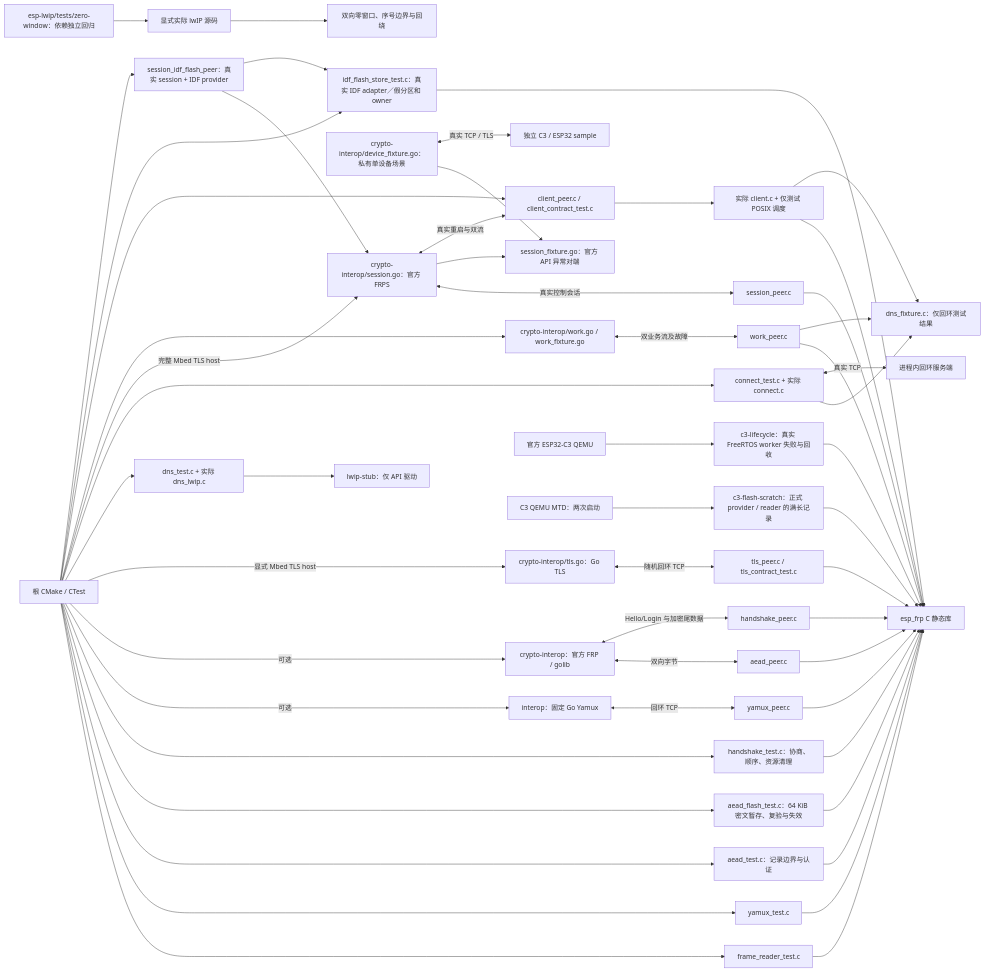
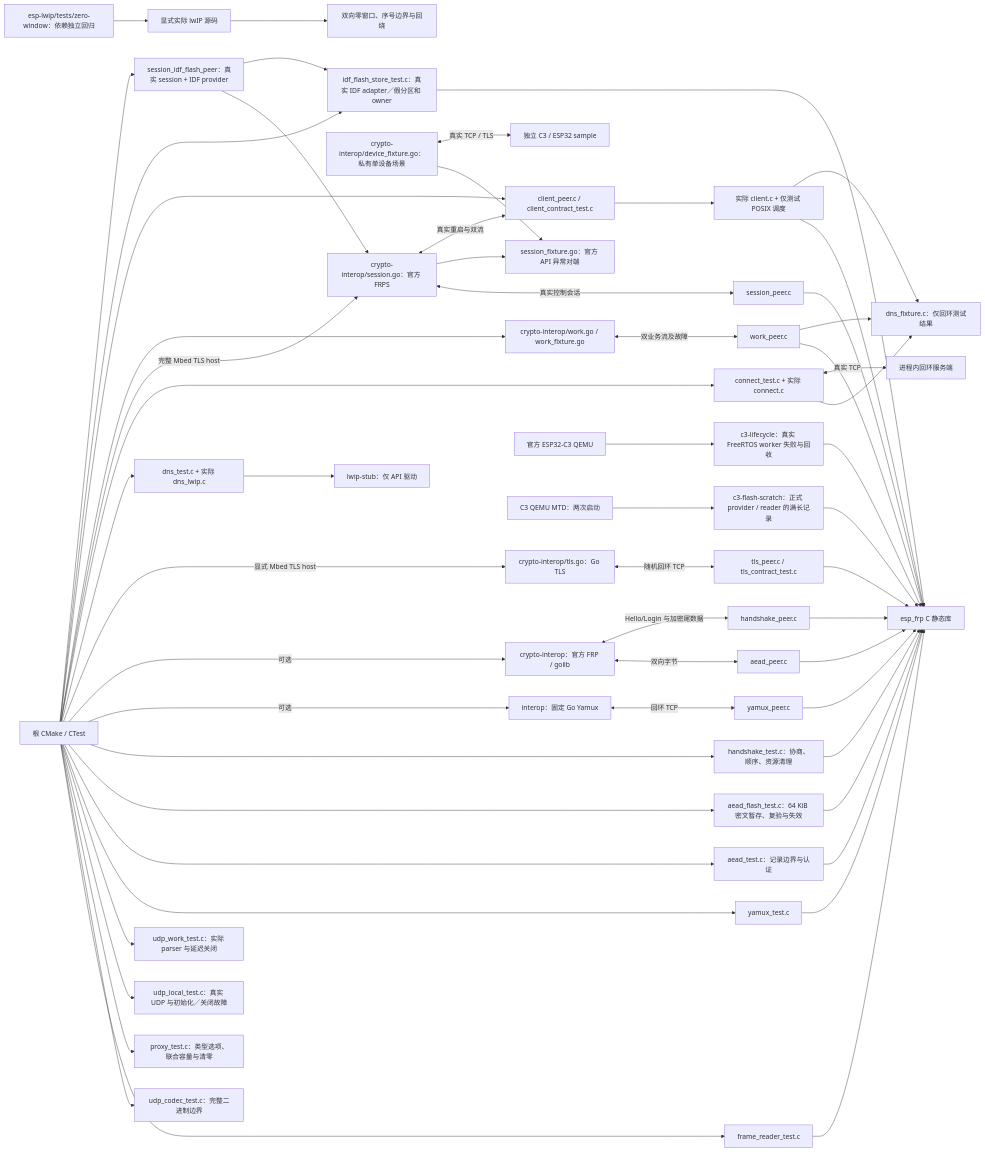
The diagram in tests/README.md (darren-you/esp-frp), drawn with Mermaid before and after one commit. The commit also changed other lines of this file and 679 other files, not shown here.

````diff
--- a/tests/README.md
+++ b/tests/README.md
@@ -5,55 +5,59 @@
 ```mermaid
 flowchart LR
     cmake["根 CMake / CTest"] --> wire["frame_reader_test.c"]
+    cmake --> udp_codec["udp_codec_test.c：完整二进制边界"]
+    cmake --> proxy["proxy_test.c：类型选项、联合容量与清零"]
+    cmake --> udp_local["udp_local_test.c：真实 UDP 与初始化／关闭故障"]
+    cmake --> udp_work["udp_work_test.c：实际 parser 与延迟关闭"]
     cmake --> mux["yamux_test.c"]
     cmake --> aead["aead_test.c：记录边界与认证"]
     cmake --> flash["aead_flash_test.c：64 KiB 密文暂存、复验与失效"]
     cmake --> handshake["handshake_test.c：协商、顺序、资源清理"]
     wire --> lib["esp_frp C 静态库"]
     mux --> lib
     aead --> lib
     flash --> lib
     handshake --> lib
     cmake -->|"可选"| upstream["interop：固定 Go Yamux"]
     upstream <-->|"回环 TCP"| peer["yamux_peer.c"]
     peer --> lib
     cmake -->|"可选"| crypto["crypto-interop：官方 FRP / golib"]
     crypto <-->|"双向字节"| cp["aead_peer.c"]
     cp --> lib
     crypto <-->|"Hello/Login 与加密尾数据"| hp["handshake_peer.c"]
     hp --> lib
     cmake -->|"显式 Mbed TLS host"| tls["crypto-interop/tls.go：Go TLS"]
     tls <-->|"随机回环 TCP"| tp["tls_peer.c / tls_contract_test.c"]
     tp --> lib
     cmake --> dns["dns_test.c + 实际 dns_lwip.c"]
     dns --> stub["lwip-stub：仅 API 驱动"]
     cmake --> tcp["connect_test.c + 实际 connect.c"]
     tcp --> fixture["dns_fixture.c：仅回环测试结果"]
     tcp <-->|"真实 TCP"| socket["进程内回环服务端"]
     cmake -->|"完整 Mbed TLS host"| session["crypto-interop/session.go：官方 FRPS"]
     session <-->|"真实控制会话"| sp["session_peer.c"]
     sp --> lib
     session --> faults["session_fixture.go：官方 API 异常对端"]
     device["crypto-interop/device_fixture.go：私有单设备场景"] --> faults
     device <-->|"真实 TCP / TLS"| board["独立 C3 / ESP32 sample"]
     cmake --> work["crypto-interop/work.go / work_fixture.go"]
     work <-->|"双业务流及故障"| wp["work_peer.c"]
     wp --> lib
     wp --> fixture
     cmake --> client["client_peer.c / client_contract_test.c"]
     client --> worker["实际 client.c + 仅测试 POSIX 调度"]
     worker --> lib
     worker --> fixture
     session <-->|"真实重启与双流"| client
     qemu["官方 ESP32-C3 QEMU"] --> lifecycle["c3-lifecycle：真实 FreeRTOS worker 失败与回收"]
     lifecycle --> lib
     flash_qemu["C3 QEMU MTD：两次启动"] --> flash_probe["c3-flash-scratch：正式 provider / reader 的满长记录"]
     flash_probe --> lib
     cmake --> idf_store["idf_flash_store_test.c：真实 IDF adapter／假分区和 owner"]
     idf_store --> lib
     cmake --> idf_session["session_idf_flash_peer：真实 session + IDF provider"]
     idf_session --> session
     idf_session --> idf_store
     dependency["esp-lwip/tests/zero-window：依赖独立回归"] --> sdk["显式实际 lwIP 源码"]
     sdk --> zero["双向零窗口、序号边界与回绕"]
 ```
````
